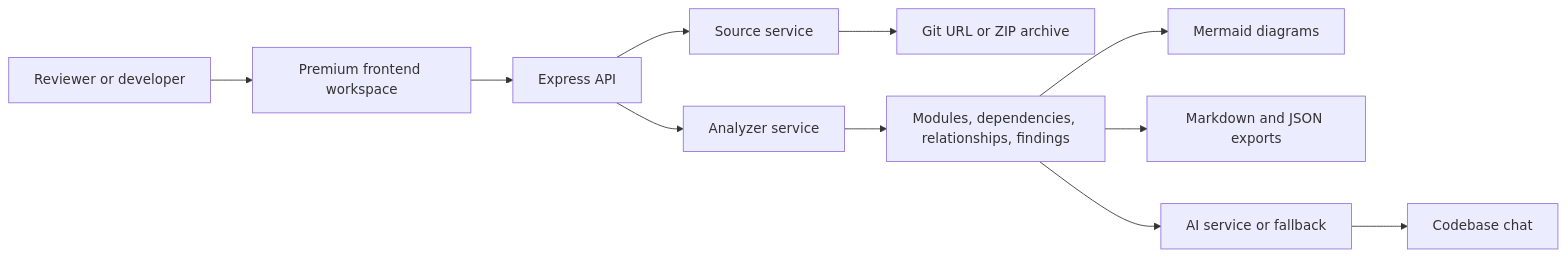
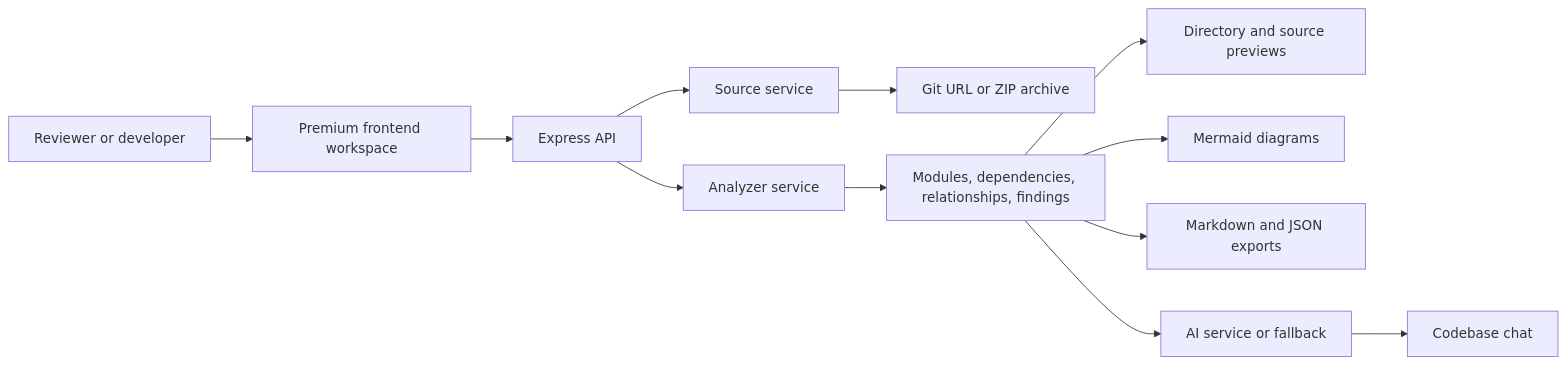
Before and after one commit to agarwalujala3-lang/LumenStack-AI: the diagram in README.md, drawn with Mermaid. The commit also changed other lines of this file and 38 other files, not shown here.

````diff
--- a/README.md
+++ b/README.md
@@ -89,13 +94,14 @@
 ```mermaid
 flowchart LR
   User[Reviewer or developer] --> UI[Premium frontend workspace]
   UI --> API[Express API]
   API --> Source[Source service]
   Source --> Input[Git URL or ZIP archive]
   API --> Analyzer[Analyzer service]
   Analyzer --> Signals[Modules, dependencies, relationships, findings]
+  Signals --> Explorer[Directory and source previews]
   Signals --> Diagrams[Mermaid diagrams]
   Signals --> Reports[Markdown and JSON exports]
   Signals --> AI[AI service or fallback]
   AI --> Chat[Codebase chat]
 ```
````
